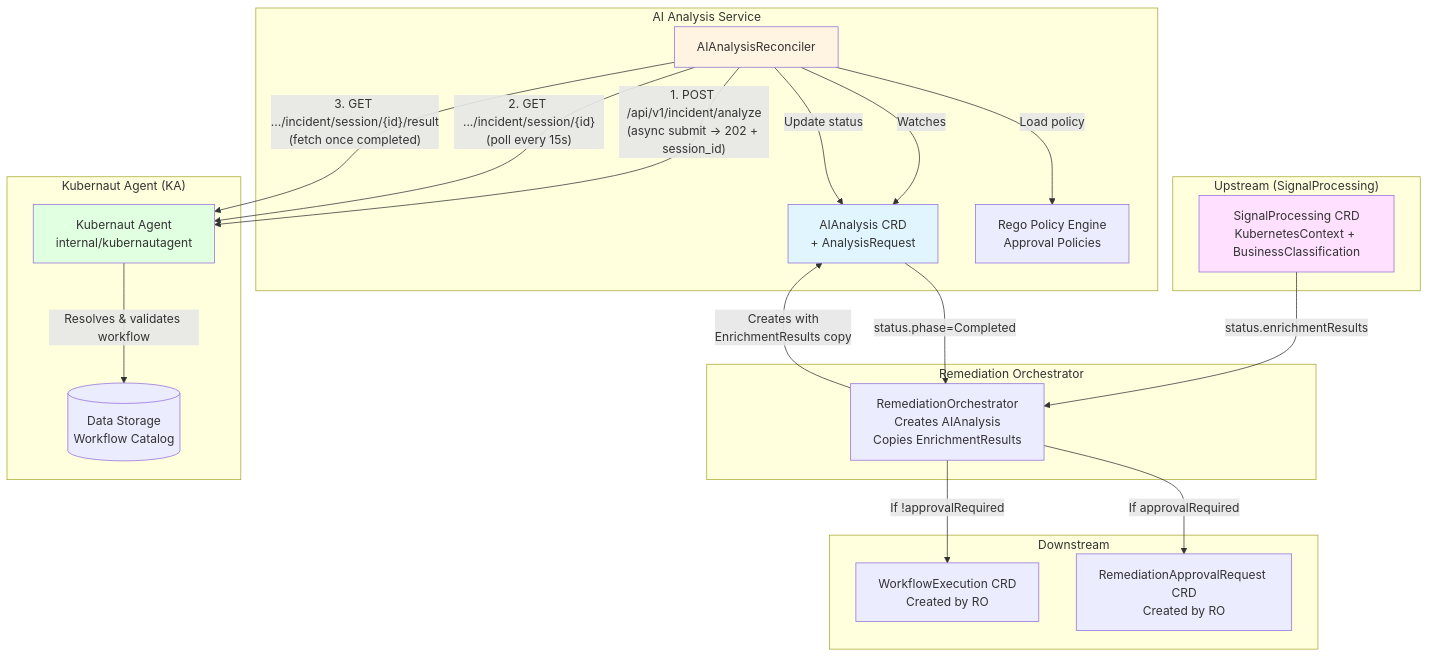
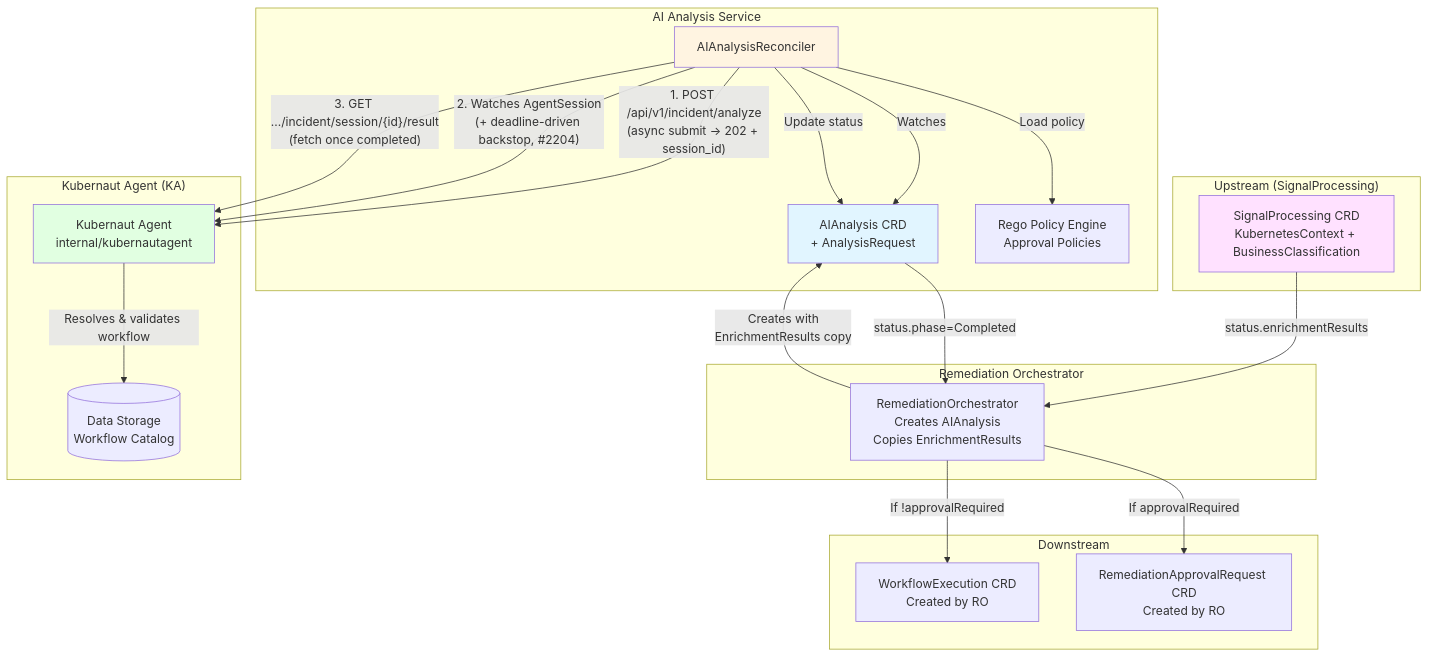
The diagram in docs/services/crd-controllers/02-aianalysis/overview.md (jordigilh/kubernaut), drawn with Mermaid before and after one commit. The commit also changed other lines of this file and 21 other files, not shown here.

````diff
--- a/docs/services/crd-controllers/02-aianalysis/overview.md
+++ b/docs/services/crd-controllers/02-aianalysis/overview.md
@@ -57,44 +57,44 @@
 ```mermaid
 graph TB
     subgraph "AI Analysis Service"
         AIA[AIAnalysis CRD<br/>+ AnalysisRequest]
         Controller[AIAnalysisReconciler]
         RegoEngine[Rego Policy Engine<br/>Approval Policies]
     end
 
     subgraph "Upstream (SignalProcessing)"
         SP[SignalProcessing CRD<br/>KubernetesContext + BusinessClassification]
     end
 
     subgraph "Remediation Orchestrator"
         RO[RemediationOrchestrator<br/>Creates AIAnalysis<br/>Copies EnrichmentResults]
     end
 
     subgraph "Kubernaut Agent (KA)"
         KA[Kubernaut Agent<br/>internal/kubernautagent]
         DataStorage[(Data Storage<br/>Workflow Catalog)]
     end
 
     subgraph "Downstream"
         WE[WorkflowExecution CRD<br/>Created by RO]
         ARQ[RemediationApprovalRequest CRD<br/>Created by RO]
     end
 
     SP -->|"status.enrichmentResults"| RO
     RO -->|"Creates with<br/>EnrichmentResults copy"| AIA
     Controller -->|Watches| AIA
     Controller -->|"1. POST /api/v1/incident/analyze<br/>(async submit → 202 + session_id)"| KA
-    Controller -->|"2. GET .../incident/session/{id}<br/>(poll every 15s)"| KA
+    Controller -->|"2. Watches AgentSession<br/>(+ deadline-driven backstop, #2204)"| KA
     Controller -->|"3. GET .../incident/session/{id}/result<br/>(fetch once completed)"| KA
     KA -->|"Resolves & validates workflow"| DataStorage
     Controller -->|"Load policy"| RegoEngine
     Controller -->|"Update status"| AIA
     AIA -->|"status.phase=Completed"| RO
     RO -->|"If !approvalRequired"| WE
     RO -->|"If approvalRequired"| ARQ
 
     style AIA fill:#e1f5ff
     style Controller fill:#fff4e1
     style SP fill:#ffe1ff
     style KA fill:#e1ffe1
 ```
````
